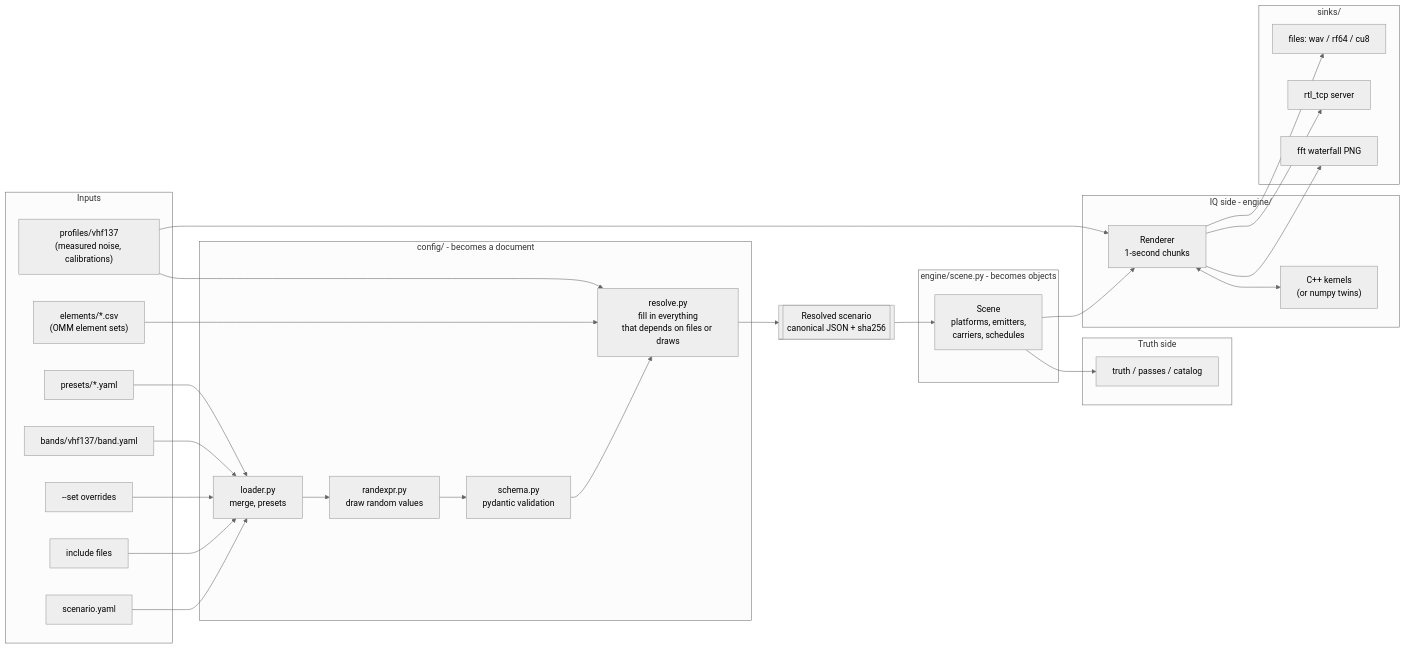
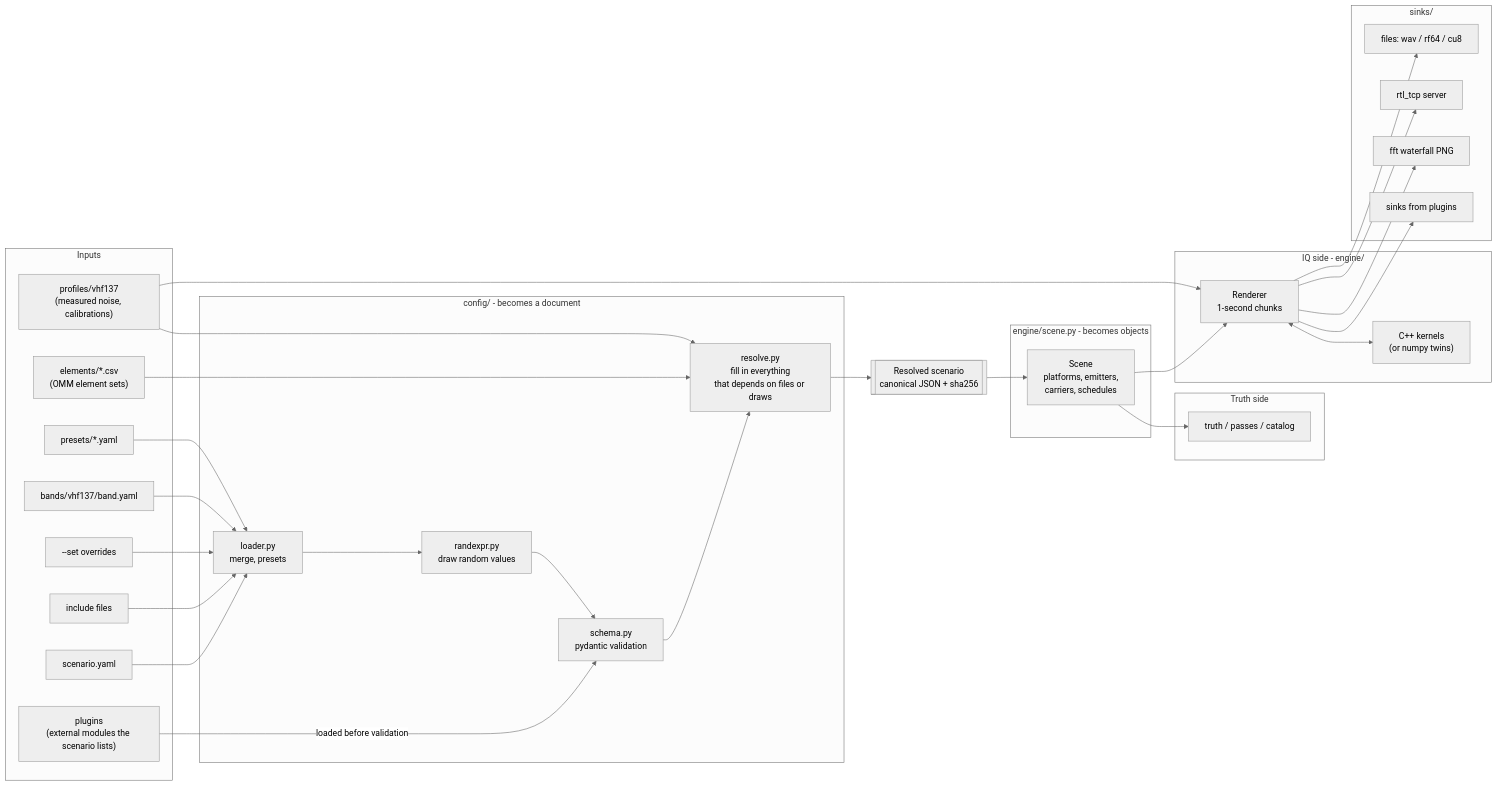
Before and after one commit to BUSH222/ASSIST: the first of 23 diagrams in HOW-IT-WORKS.md, drawn with Mermaid (neutral theme). The commit also changed other lines of this file and 142 other files, not shown here.

````diff
--- a/HOW-IT-WORKS.md
+++ b/HOW-IT-WORKS.md
@@ -54,57 +56,61 @@
 ```mermaid
 flowchart LR
     subgraph IN["Inputs"]
         Y["scenario.yaml"]
         INC["include files"]
         SET["--set overrides"]
         BAND["bands/vhf137/band.yaml"]
         PRE["presets/*.yaml"]
         EL["elements/*.csv<br/>(OMM element sets)"]
         PROF["profiles/vhf137<br/>(measured noise, calibrations)"]
+        PLUG["plugins<br/>(external modules the scenario lists)"]
     end
 
     subgraph CFG["config/ - becomes a document"]
         LOAD["loader.py<br/>merge, presets"]
         DRAW["randexpr.py<br/>draw random values"]
         VAL["schema.py<br/>pydantic validation"]
         RES["resolve.py<br/>fill in everything<br/>that depends on files or draws"]
     end
 
     RJ[["Resolved scenario<br/>canonical JSON + sha256"]]
 
     subgraph WORLD["engine/scene.py - becomes objects"]
         SCENE["Scene<br/>platforms, emitters,<br/>carriers, schedules"]
     end
 
     subgraph OUT1["Truth side"]
         TR["truth / passes / catalog"]
     end
 
     subgraph OUT2["IQ side - engine/"]
         REN["Renderer<br/>1-second chunks"]
         KER["C++ kernels<br/>(or numpy twins)"]
     end
 
     subgraph SINKS["sinks/"]
         S1["files: wav / rf64 / cu8"]
         S2["rtl_tcp server"]
         S3["fft waterfall PNG"]
+        S4["sinks from plugins"]
     end
 
     Y --> LOAD
     INC --> LOAD
     SET --> LOAD
     BAND --> LOAD
     PRE --> LOAD
+    PLUG -->|loaded before validation| VAL
     LOAD --> DRAW --> VAL --> RES
     EL --> RES
     PROF --> RES
     RES --> RJ --> SCENE
     SCENE --> TR
     SCENE --> REN
     PROF --> REN
     REN <--> KER
     REN --> S1
     REN --> S2
     REN --> S3
+    REN --> S4
 ```
````
